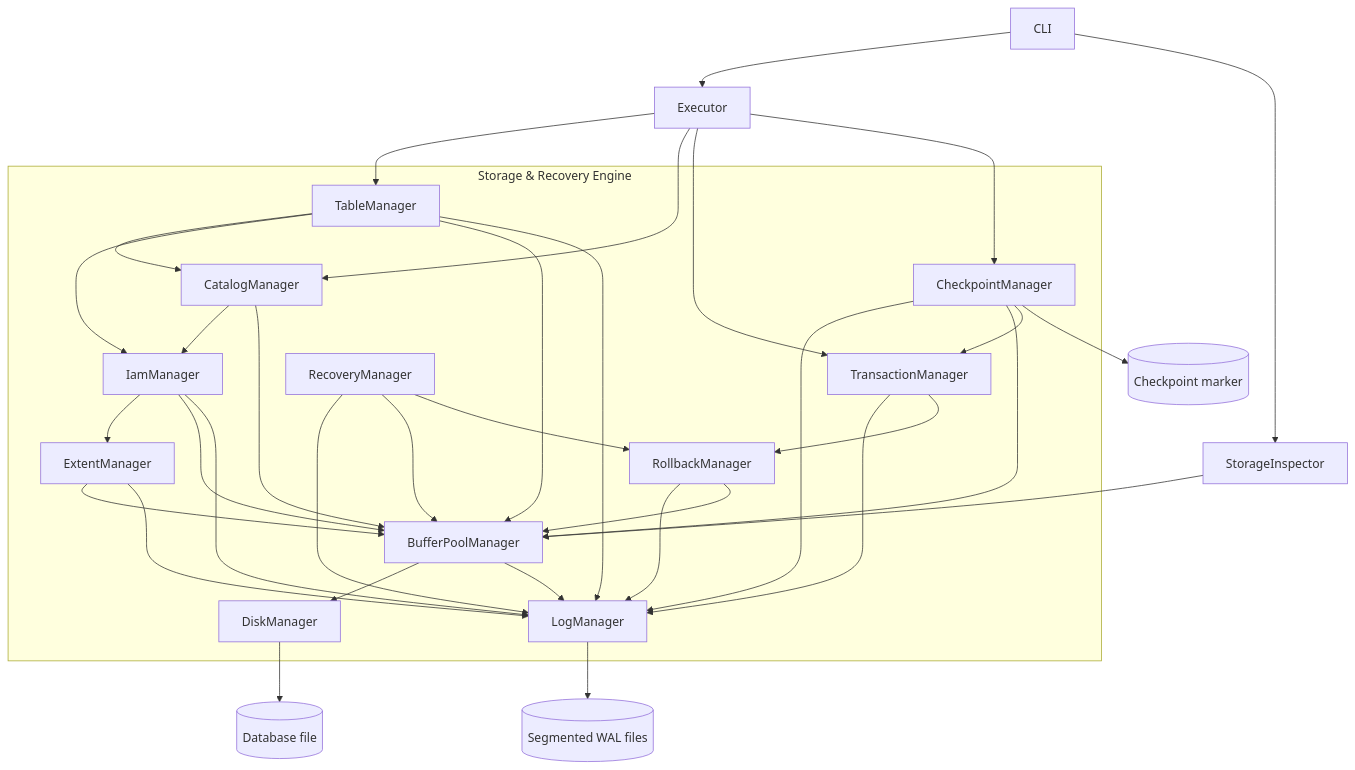
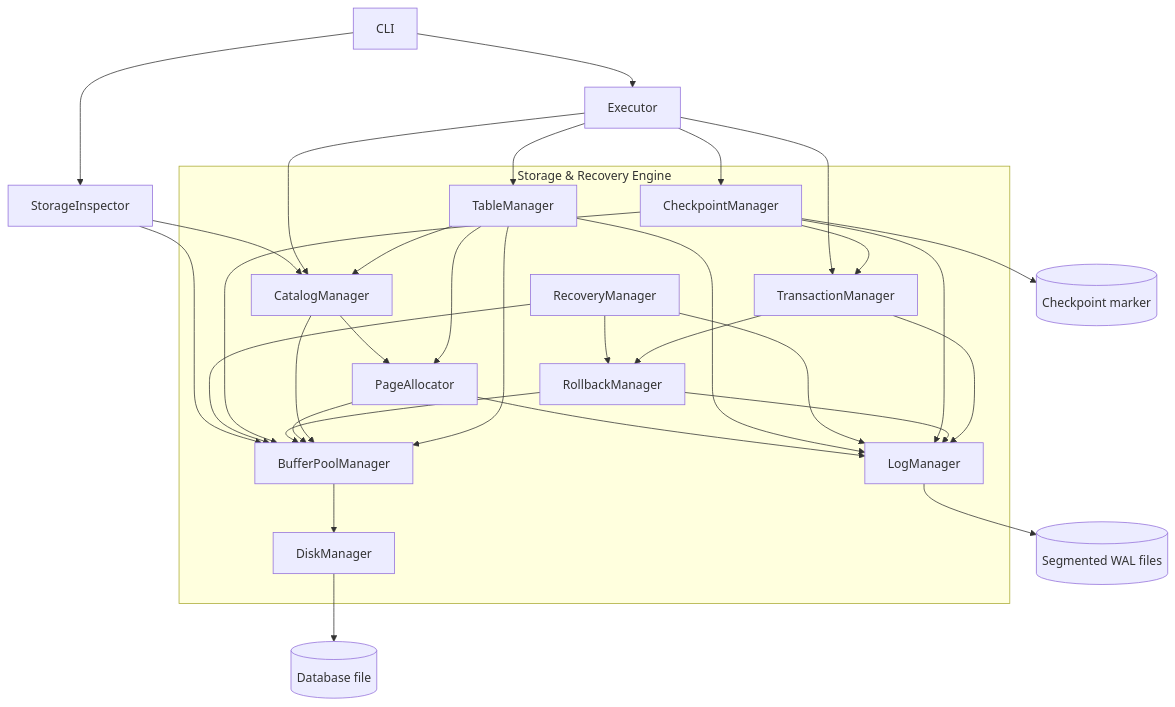
Before and after one commit to amitvc/lettydb: the diagram in README.md, drawn with Mermaid. The commit also changed other lines of this file and 20 other files, not shown here.

````diff
--- a/README.md
+++ b/README.md
@@ -38,41 +38,38 @@
 ```mermaid
 flowchart TD
     CLI[CLI] --> Executor
     CLI --> Inspector[StorageInspector]
 
     subgraph Storage["Storage & Recovery Engine"]
         Table[TableManager] --> Catalog[CatalogManager]
-        Table --> IAM[IamManager]
-        Catalog --> IAM
-        IAM --> Extent[ExtentManager]
+        Table --> Alloc[PageAllocator]
+        Catalog --> Alloc
         Table --> BPM[BufferPoolManager]
         Catalog --> BPM
-        IAM --> BPM
-        Extent --> BPM
+        Alloc --> BPM
         BPM --> Disk[DiskManager]
 
         Txn[TransactionManager] --> Log[LogManager]
         Txn --> Rollback[RollbackManager]
         Rollback --> Log
         Rollback --> BPM
         Checkpoint[CheckpointManager] --> Log
         Checkpoint --> BPM
         Checkpoint --> Txn
         Recovery[RecoveryManager] --> Log
         Recovery --> BPM
         Recovery --> Rollback
-        BPM --> Log
         Table --> Log
-        IAM --> Log
-        Extent --> Log
+        Alloc --> Log
     end
 
     Executor --> Table
     Executor --> Catalog
     Executor --> Txn
     Executor --> Checkpoint
     Inspector --> BPM
+    Inspector --> Catalog
     Disk --> File[(Database file)]
     Log --> WAL[(Segmented WAL files)]
     Checkpoint --> Marker[(Checkpoint marker)]
 ```
````
